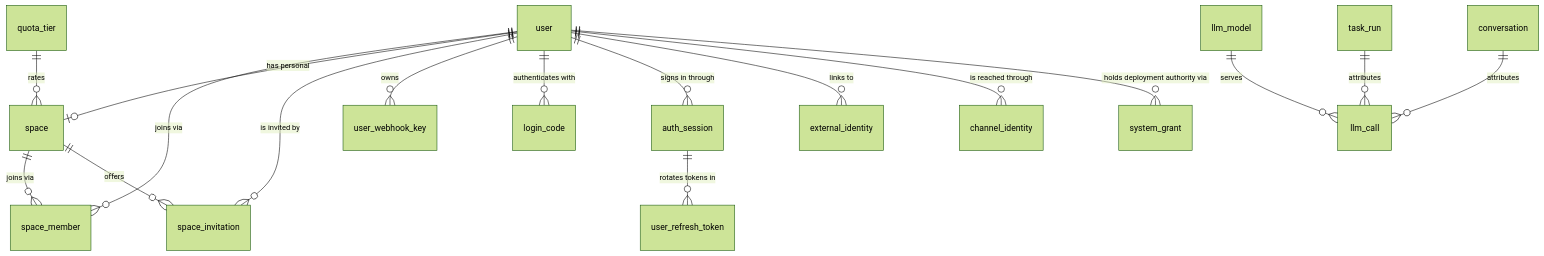
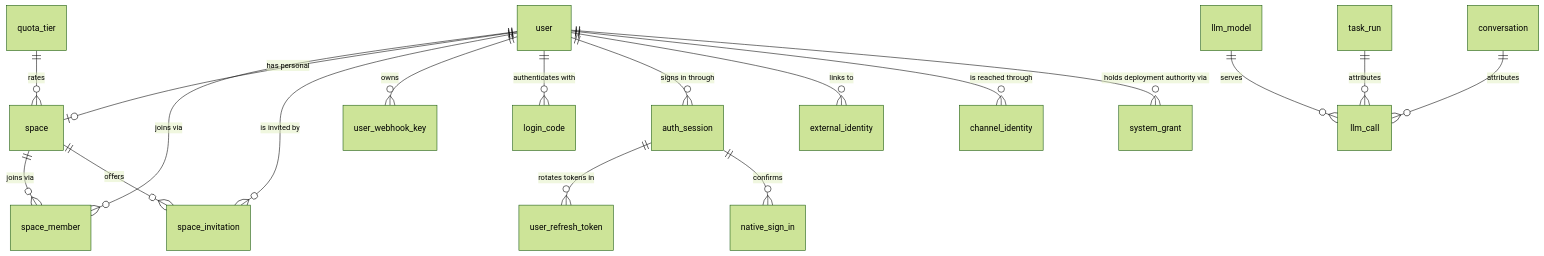
The second of 2 diagrams in docs/contribute/architecture/data-model.md (icloudbb/buildmax), drawn with Mermaid (forest theme) before and after one commit. The commit also changed other lines of this file and 17 other files, not shown here.

Commit message:
Document native sign-in server routes and retire the backlog task

````diff
--- a/docs/contribute/architecture/data-model.md
+++ b/docs/contribute/architecture/data-model.md
@@ -144,19 +144,20 @@
 ```mermaid
 erDiagram
     user ||--o{ space_member : "joins via"
     space ||--o{ space_member : "joins via"
     user ||--o| space : "has personal"
     space ||--o{ space_invitation : offers
     user ||--o{ space_invitation : "is invited by"
     quota_tier ||--o{ space : rates
     user ||--o{ user_webhook_key : owns
     user ||--o{ login_code : "authenticates with"
     user ||--o{ auth_session : "signs in through"
     user ||--o{ external_identity : "links to"
     user ||--o{ channel_identity : "is reached through"
     auth_session ||--o{ user_refresh_token : "rotates tokens in"
+    auth_session ||--o{ native_sign_in : "confirms"
     user ||--o{ system_grant : "holds deployment authority via"
     llm_model ||--o{ llm_call : serves
     task_run ||--o{ llm_call : attributes
     conversation ||--o{ llm_call : attributes
 ```
````
